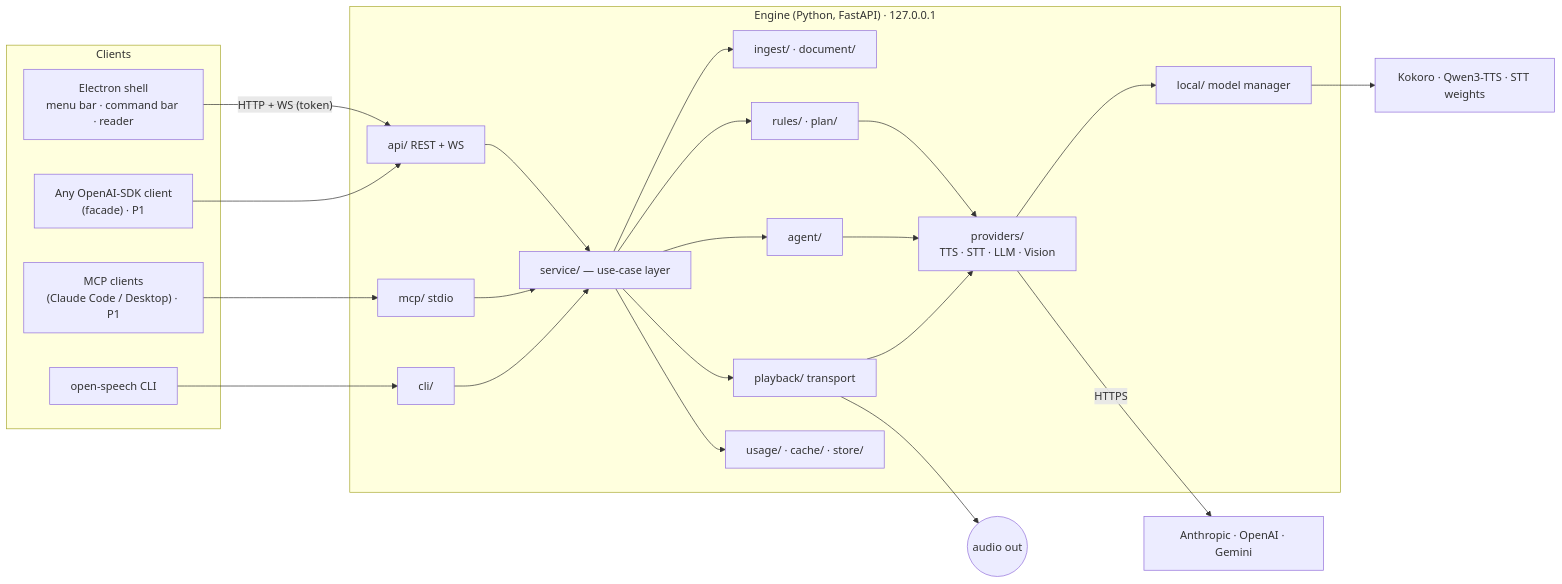
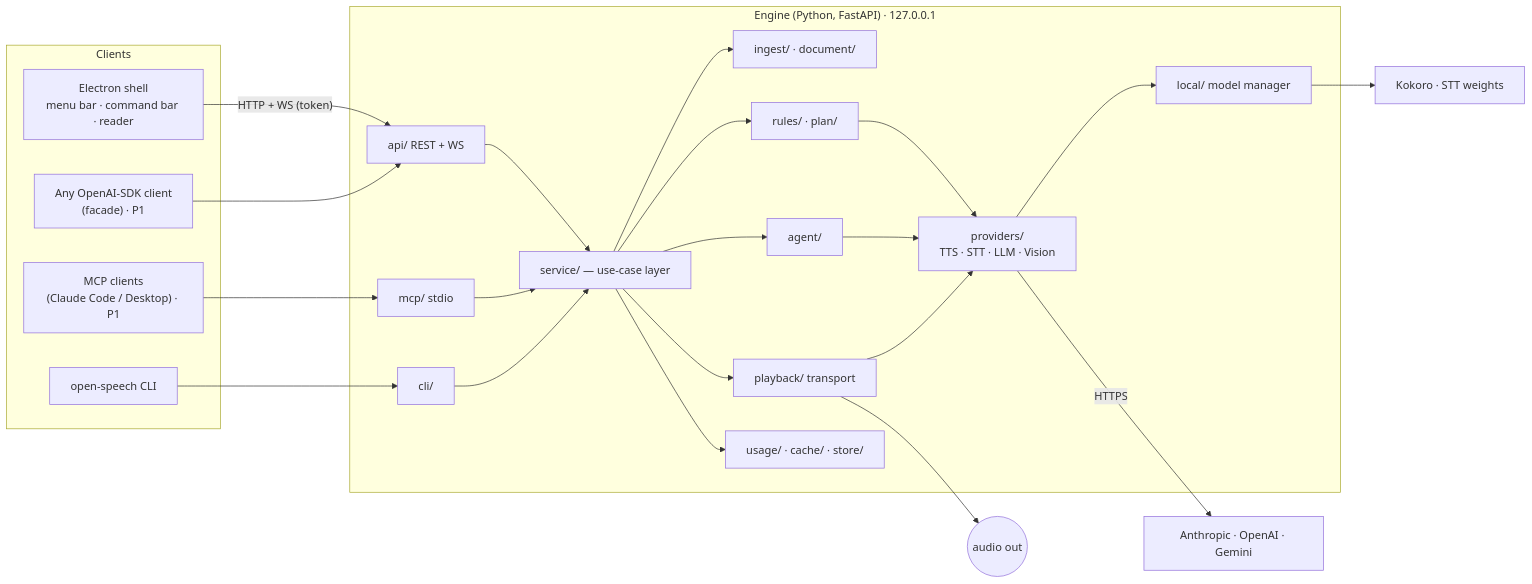
One commit to imjwang/open-speech changed the diagram in docs/03-architecture.md. Above: the diagram before and after it, drawn with Mermaid. The commit also changed other lines of this file and 10 other files, not shown here.

````diff
--- a/docs/03-architecture.md
+++ b/docs/03-architecture.md
@@ -7,34 +7,34 @@
 ```mermaid
 flowchart LR
   subgraph Clients
     Shell["Electron shell<br/>menu bar · command bar · reader"]
     CLI["open-speech CLI"]
     MCP["MCP clients<br/>(Claude Code / Desktop) · P1"]
     OAI["Any OpenAI-SDK client<br/>(facade) · P1"]
   end
   subgraph Engine["Engine (Python, FastAPI) · 127.0.0.1"]
     API["api/ REST + WS"]
     MCPS["mcp/ stdio"]
     CLIS["cli/"]
     SVC["service/ — use-case layer"]
     API --> SVC
     MCPS --> SVC
     CLIS --> SVC
     SVC --> ING["ingest/ · document/"]
     SVC --> RUL["rules/ · plan/"]
     SVC --> AGT["agent/"]
     SVC --> PLY["playback/ transport"]
     SVC --> USG["usage/ · cache/ · store/"]
     RUL --> PRV
     AGT --> PRV
     PLY --> PRV["providers/<br/>TTS · STT · LLM · Vision"]
     PRV --> LOC["local/ model manager"]
   end
   Shell -- "HTTP + WS (token)" --> API
   CLI --> CLIS
   MCP --> MCPS
   OAI --> API
   PRV -- HTTPS --> Cloud["Anthropic · OpenAI · Gemini"]
-  LOC --> Weights["Kokoro · Qwen3-TTS · STT weights"]
+  LOC --> Weights["Kokoro · STT weights"]
   PLY --> Speakers(("audio out"))
 ```
````
